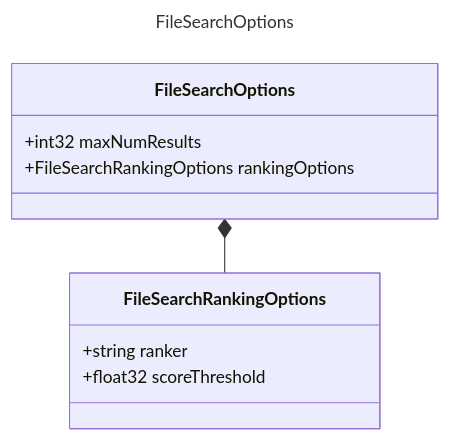
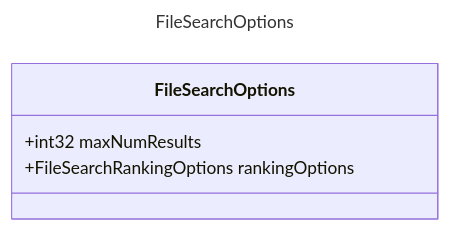
One commit to microsoft/prompty changed the diagram in specification/prompty/docs/FileSearchOptions.md. Above: the diagram before and after it, drawn with Mermaid. The commit also changed 22 other files, not shown here.

Commit message:
corrected class diagrams

````diff
--- a/specification/prompty/docs/FileSearchOptions.md
+++ b/specification/prompty/docs/FileSearchOptions.md
@@ -7,15 +7,10 @@
 ```mermaid
 ---
 title: FileSearchOptions
 ---
 classDiagram
-    class FileSearchRankingOptions {
-        +string ranker
-        +float32 scoreThreshold
-    }
     class FileSearchOptions {
         +int32 maxNumResults
         +FileSearchRankingOptions rankingOptions
     }
-    FileSearchOptions *-- FileSearchRankingOptions
 ```
````
